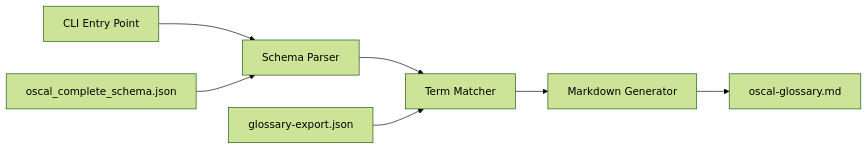
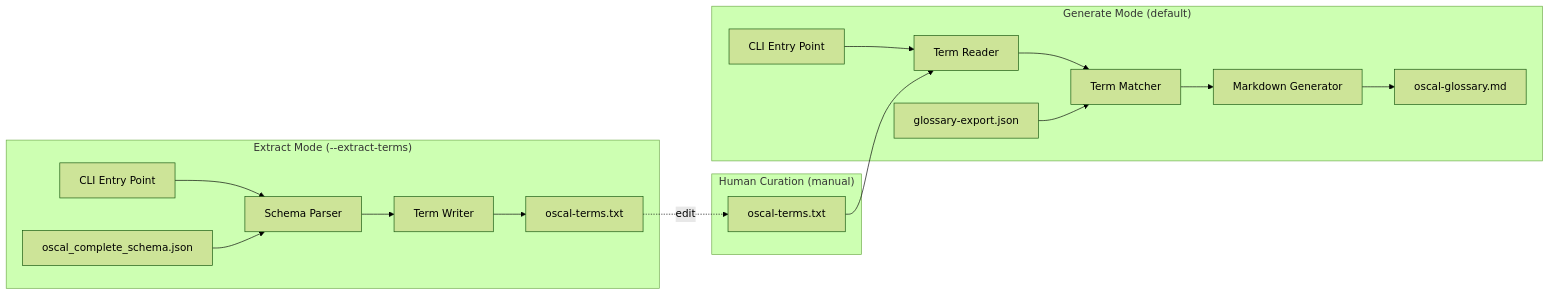
The diagram in .kiro/specs/oscal-glossary-generator/design.md (awslabs/mcp-server-for-oscal), drawn with Mermaid (forest theme) before and after one commit. The commit also changed other lines of this file and 5 other files, not shown here.

First line of the commit message:
feat(glossary): Add two-step workflow with curated term list

````diff
--- a/.kiro/specs/oscal-glossary-generator/design.md
+++ b/.kiro/specs/oscal-glossary-generator/design.md
@@ -17,10 +24,22 @@
 ```mermaid
 flowchart LR
-    A[CLI Entry Point] --> B[Schema Parser]
-    B --> C[Term Matcher]
-    C --> D[Markdown Generator]
-    D --> E[oscal-glossary.md]
+    subgraph Extract_Mode["Extract Mode (--extract-terms)"]
+        A1[CLI Entry Point] --> B1[Schema Parser]
+        B1 --> C1[Term Writer]
+        C1 --> D1[oscal-terms.txt]
+        F1[oscal_complete_schema.json] --> B1
+    end
 
-    F[oscal_complete_schema.json] --> B
-    G[glossary-export.json] --> C
+    subgraph Human_Curation["Human Curation (manual)"]
+        D1 -.->|edit| D2[oscal-terms.txt]
+    end
+
+    subgraph Generate_Mode["Generate Mode (default)"]
+        A2[CLI Entry Point] --> B2[Term Reader]
+        B2 --> C2[Term Matcher]
+        C2 --> D3[Markdown Generator]
+        D3 --> E2[oscal-glossary.md]
+        D2 --> B2
+        G2[glossary-export.json] --> C2
+    end
 ```
````
